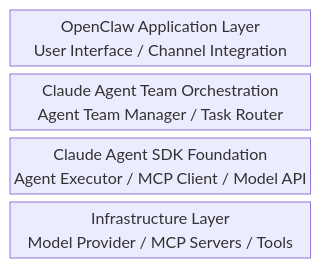
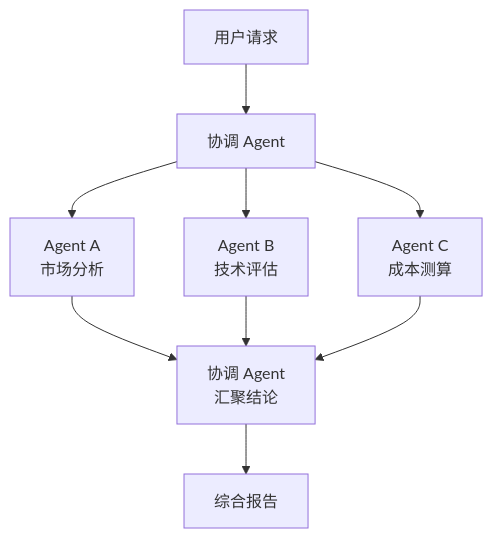
One commit to yeasy/openclaw_guide changed the second of 2 diagrams in 16_claude_ecosystem/16.2_agent_team_integration.md. Above: the diagram before and after it, drawn with Mermaid. The commit also changed other lines of this file and 3 other files, not shown here.

Commit message:
Condense Claude ecosystem integration content

````diff
--- a/16_claude_ecosystem/16.2_agent_team_integration.md
+++ b/16_claude_ecosystem/16.2_agent_team_integration.md
@@ -15,8 +85,11 @@
 ```mermaid
-block-beta
-    columns 1
-    A["OpenClaw Application Layer<br/>User Interface / Channel Integration"]
-    B["Claude Agent Team Orchestration<br/>Agent Team Manager / Task Router"]
-    C["Claude Agent SDK Foundation<br/>Agent Executor / MCP Client / Model API"]
-    D["Infrastructure Layer<br/>Model Provider / MCP Servers / Tools"]
+graph TD
+    User["用户请求"] --> Coord["协调 Agent"]
+    Coord --> A1["Agent A<br/>市场分析"]
+    Coord --> A2["Agent B<br/>技术评估"]
+    Coord --> A3["Agent C<br/>成本测算"]
+    A1 --> Merge["协调 Agent<br/>汇聚结论"]
+    A2 --> Merge
+    A3 --> Merge
+    Merge --> Result["综合报告"]
 ```
````
